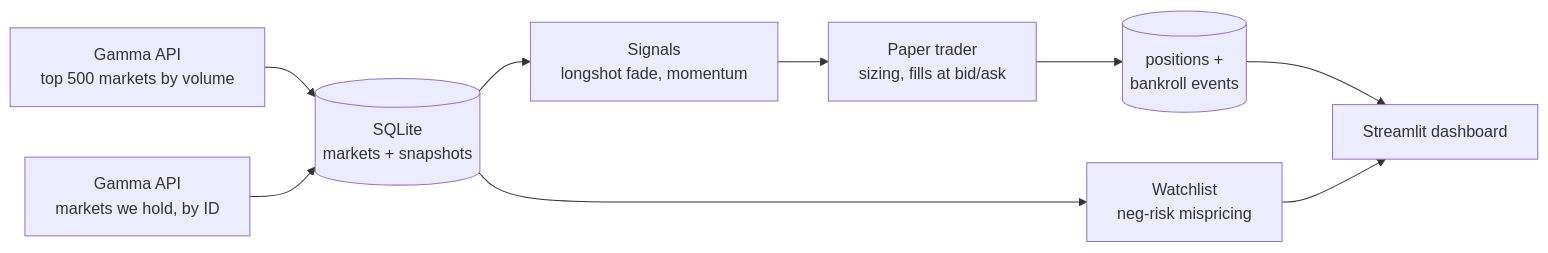
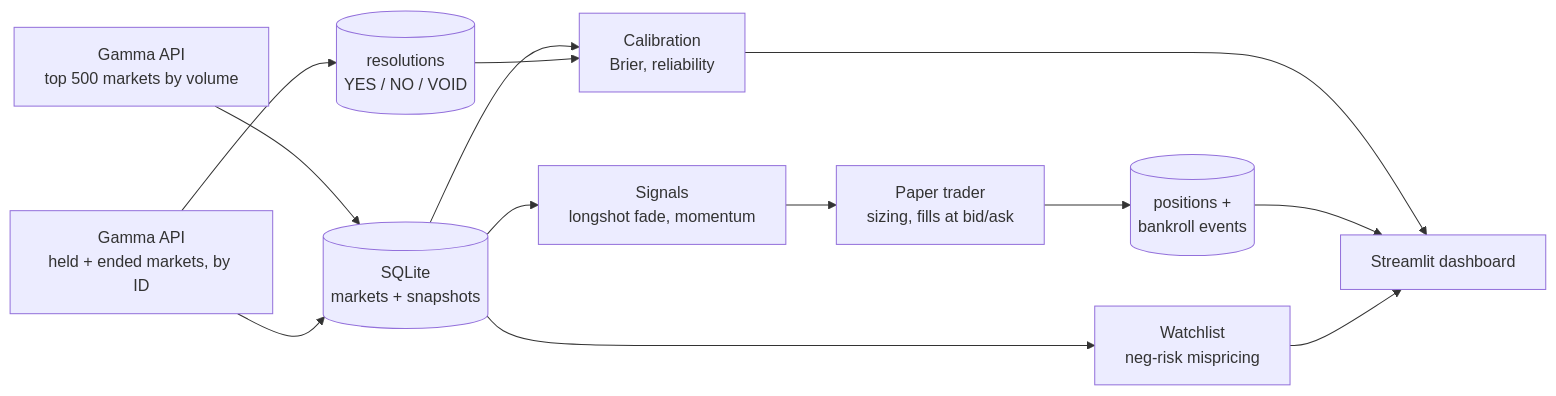
Before and after one commit to JayZhangDev/PolyBot: the diagram in README.md, drawn with Mermaid. The commit also changed other lines of this file and 11 other files, not shown here.

````diff
--- a/README.md
+++ b/README.md
@@ -16,11 +16,15 @@
 ```mermaid
 flowchart LR
     A[Gamma API<br/>top 500 markets by volume] --> C[(SQLite<br/>markets + snapshots)]
-    B[Gamma API<br/>markets we hold, by ID] --> C
+    B[Gamma API<br/>held + ended markets, by ID] --> C
+    B --> R[(resolutions<br/>YES / NO / VOID)]
+    C --> K[Calibration<br/>Brier, reliability]
+    R --> K
+    K --> G
     C --> D[Signals<br/>longshot fade, momentum]
     C --> W[Watchlist<br/>neg-risk mispricing]
     D --> E[Paper trader<br/>sizing, fills at bid/ask]
     E --> F[(positions +<br/>bankroll events)]
     F --> G[Streamlit dashboard]
     W --> G
 ```
````
